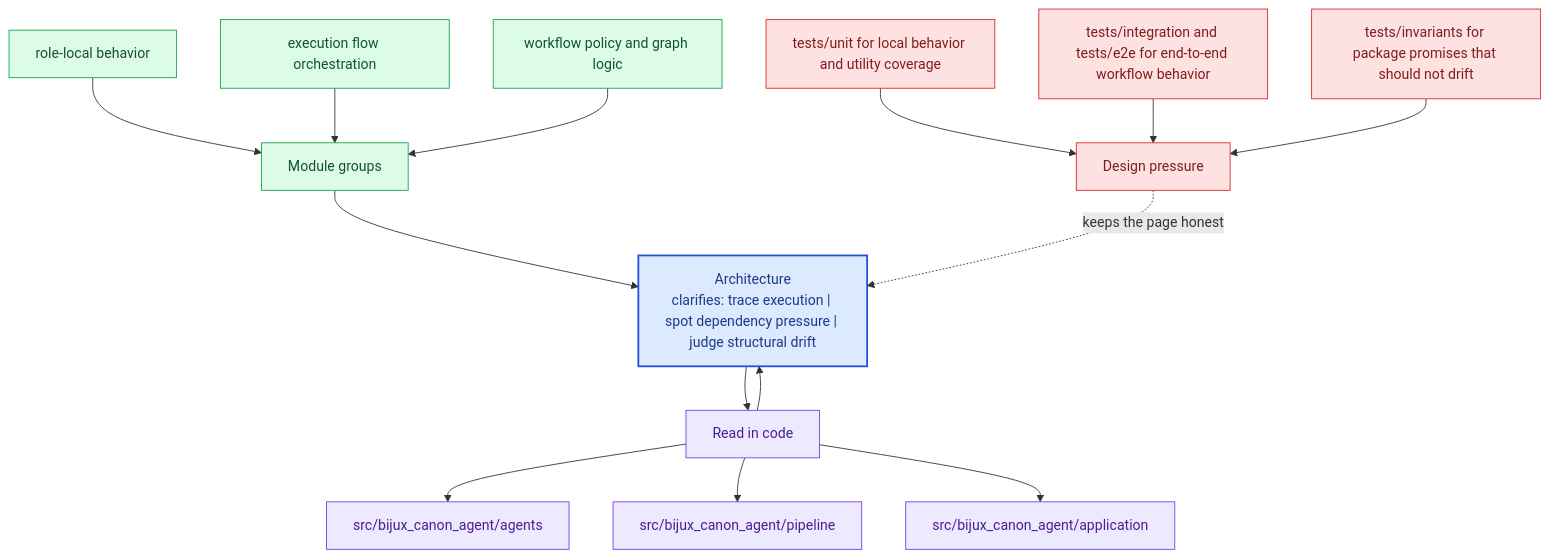
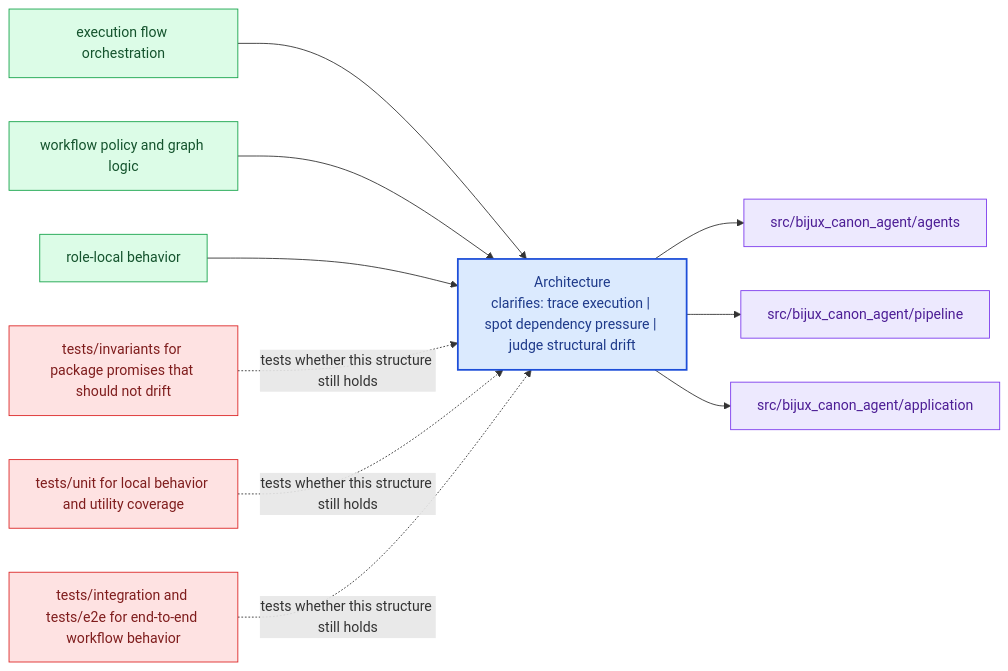
The diagram in docs/bijux-canon-agent/architecture/index.md (bijux/bijux-canon), drawn with Mermaid before and after one commit. The commit also changed other lines of this file and 281 other files, not shown here.

Commit message:
docs(diagrams): replace repeated mermaid scaffolds with page-specific summaries

````diff
--- a/docs/bijux-canon-agent/architecture/index.md
+++ b/docs/bijux-canon-agent/architecture/index.md
@@ -65,40 +20,31 @@
 ```mermaid
-flowchart TB
-    promise["Architecture<br/>clarifies: trace execution | spot dependency pressure | judge structural drift"]
-    classDef promise fill:#dbeafe,stroke:#1d4ed8,color:#1e3a8a,stroke-width:2px;
-    classDef driver fill:#dcfce7,stroke:#16a34a,color:#14532d;
-    classDef constraint fill:#fee2e2,stroke:#dc2626,color:#7f1d1d;
-    classDef ground fill:#ede9fe,stroke:#7c3aed,color:#4c1d95;
-    focus1["Module groups"]
-    focus1 --> promise
-    focus1_1["role-local behavior"]
-    focus1_1 --> focus1
-    focus1_2["execution flow orchestration"]
-    focus1_2 --> focus1
-    focus1_3["workflow policy and graph logic"]
-    focus1_3 --> focus1
-    class focus1 driver;
-    class focus1_1,focus1_2,focus1_3 driver;
-    focus2["Read in code"]
-    focus2 --> promise
-    promise --> focus2
-    focus2_1["src/bijux_canon_agent/agents"]
-    focus2 --> focus2_1
-    focus2_2["src/bijux_canon_agent/pipeline"]
-    focus2 --> focus2_2
-    focus2_3["src/bijux_canon_agent/application"]
-    focus2 --> focus2_3
-    class focus2 ground;
-    class focus2_1,focus2_2,focus2_3 ground;
-    focus3["Design pressure"]
-    focus3 -.keeps the page honest.-> promise
-    focus3_1["tests/unit for local behavior and utility coverage"]
-    focus3_1 --> focus3
-    focus3_2["tests/integration and tests/e2e for end-to-end workflow behavior"]
-    focus3_2 --> focus3
-    focus3_3["tests/invariants for package promises that should not drift"]
-    focus3_3 --> focus3
-    class focus3 constraint;
-    class focus3_1,focus3_2,focus3_3 constraint;
-    class promise promise;
+flowchart LR
+    page["Architecture<br/>clarifies: trace execution | spot dependency pressure | judge structural drift"]
+    classDef page fill:#dbeafe,stroke:#1d4ed8,color:#1e3a8a,stroke-width:2px;
+    classDef positive fill:#dcfce7,stroke:#16a34a,color:#14532d;
+    classDef caution fill:#fee2e2,stroke:#dc2626,color:#7f1d1d;
+    classDef anchor fill:#ede9fe,stroke:#7c3aed,color:#4c1d95;
+    classDef action fill:#fef3c7,stroke:#d97706,color:#7c2d12;
+    module1["execution flow orchestration"]
+    module1 --> page
+    module2["workflow policy and graph logic"]
+    module2 --> page
+    module3["role-local behavior"]
+    module3 --> page
+    code1["src/bijux_canon_agent/agents"]
+    page --> code1
+    code2["src/bijux_canon_agent/pipeline"]
+    page --> code2
+    code3["src/bijux_canon_agent/application"]
+    page --> code3
+    pressure1["tests/invariants for package promises that should not drift"]
+    pressure1 -.tests whether this structure still holds.-> page
+    pressure2["tests/unit for local behavior and utility coverage"]
+    pressure2 -.tests whether this structure still holds.-> page
+    pressure3["tests/integration and tests/e2e for end-to-end workflow behavior"]
+    pressure3 -.tests whether this structure still holds.-> page
+    class page page;
+    class module1,module2,module3 positive;
+    class code1,code2,code3 anchor;
+    class pressure1,pressure2,pressure3 caution;
 ```
````
